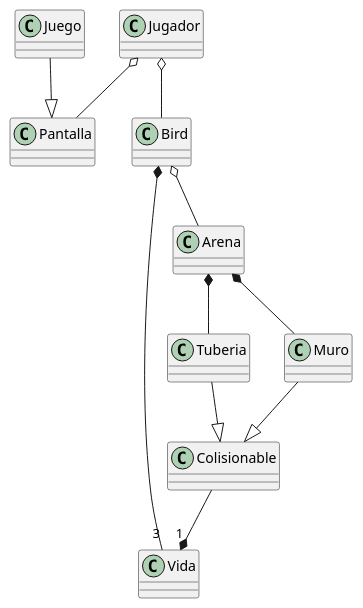
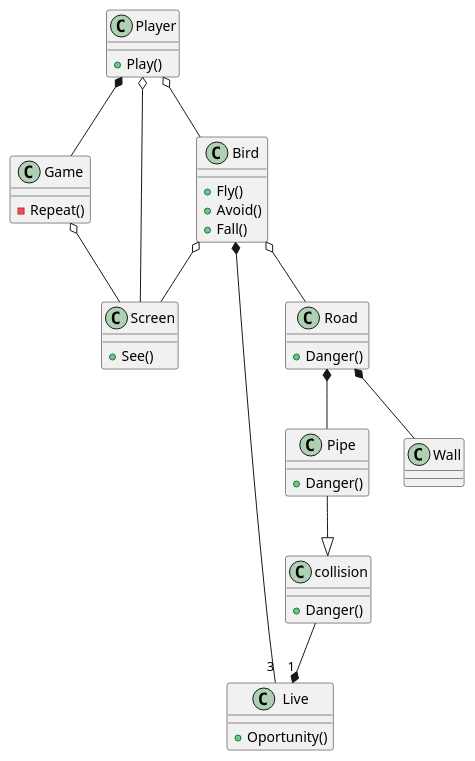
One commit to MunguiaBejaranoDuncanLuis/Flappybird changed the diagram in docs/flappybird.puml. Above: the diagram before and after it, drawn with PlantUML.

Commit message:
Version 7

```diff
--- a/docs/flappybird.puml
+++ b/docs/flappybird.puml
@@ -1,27 +1,49 @@
 @startuml
 
-class Juego
-class Pantalla
-class Jugador
-class Bird
-class Tuberia
-class Muro
-class Colisionable
-class Vida
+class Game{
+    -Repeat()
+}
+class Screen{
+    +See()
+}
+class Player{
+    +Play()
+}
+class Bird{
+    +Fly()
+    +Avoid()
+    +Fall()
+}
+class Pipe{
+    +Danger()
+}
+class Wall{
+    
+}
+class collision{
+    +Danger()
+}
+class Live{
+    +Oportunity()
+}
+class Road{
+    +Danger()
+}
 
-Juego --|> Pantalla
-Jugador o-- Pantalla
+Game o-- Screen
+Player *-- Game
+Player o-- Screen
 
-Bird o-- Arena
-Bird *--"3" Vida
-Colisionable --*"1" Vida
+Bird o-- Screen
+Bird o-- Road
+Bird *--"3" Live
+collision --*"1" Live
 
-Jugador o-- Bird
+Player o-- Bird
 
-Arena *-- Muro
-Arena *-- Tuberia
+Road *-- Wall
+Road *-- Pipe
 
-Tuberia --|> Colisionable
-Muro --|> Colisionable
+Pipe --|> collision
 
 @enduml
```
